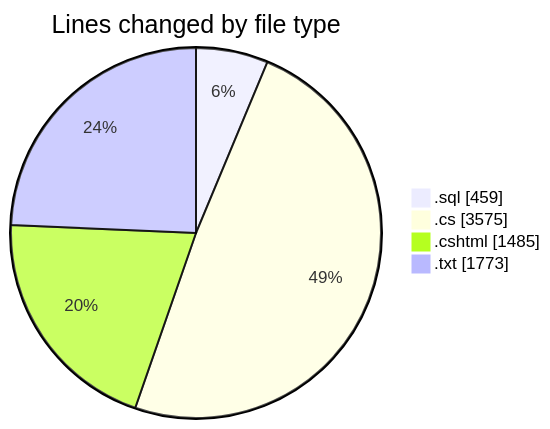
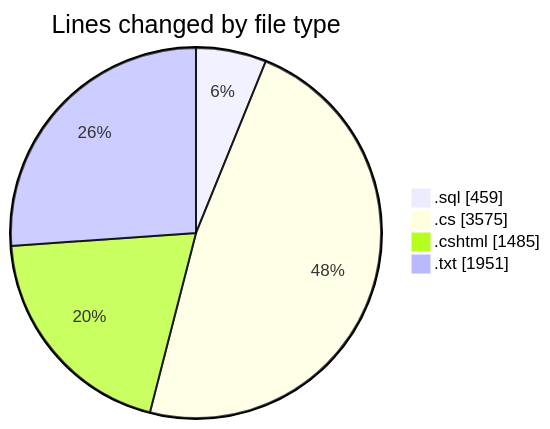
The first of 2 diagrams in 2025-07-23/quanlyrapchieuphim/README.md (lephambinh05/code-tracking), drawn with Mermaid before and after one commit. The commit also changed other lines of this file and 1 other file, not shown here.

````diff
--- a/2025-07-23/quanlyrapchieuphim/README.md
+++ b/2025-07-23/quanlyrapchieuphim/README.md
@@ -33,8 +33,8 @@
 ```mermaid
 pie showData
 title Lines changed by file type
 ".sql" : 459
 ".cs" : 3575
 ".cshtml" : 1485
-".txt" : 1773
+".txt" : 1951
 ```
````
